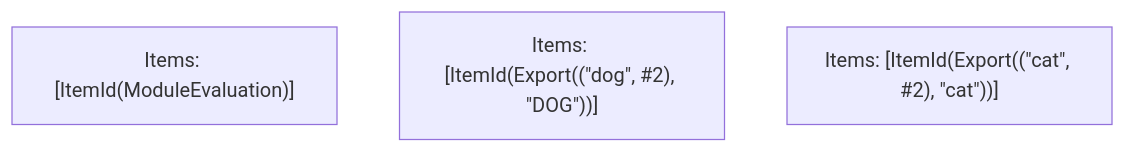
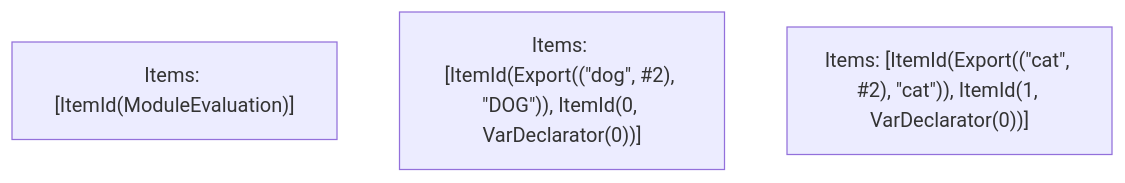
One commit to vercel/turborepo changed the fifth of 5 diagrams in crates/turbopack-ecmascript/tests/tree-shaker/analyzer/multi-export/output.md. Above: the diagram before and after it, drawn with Mermaid. The commit also changed other lines of this file and 20 other files, not shown here.

````diff
--- a/crates/turbopack-ecmascript/tests/tree-shaker/analyzer/multi-export/output.md
+++ b/crates/turbopack-ecmascript/tests/tree-shaker/analyzer/multi-export/output.md
@@ -80,6 +76,6 @@
 ```mermaid
 graph TD
     N0["Items: [ItemId(ModuleEvaluation)]"];
-    N1["Items: [ItemId(Export((&quot;dog&quot;, #2), &quot;DOG&quot;))]"];
-    N2["Items: [ItemId(Export((&quot;cat&quot;, #2), &quot;cat&quot;))]"];
+    N1["Items: [ItemId(Export((&quot;dog&quot;, #2), &quot;DOG&quot;)), ItemId(0, VarDeclarator(0))]"];
+    N2["Items: [ItemId(Export((&quot;cat&quot;, #2), &quot;cat&quot;)), ItemId(1, VarDeclarator(0))]"];
 ```
````
